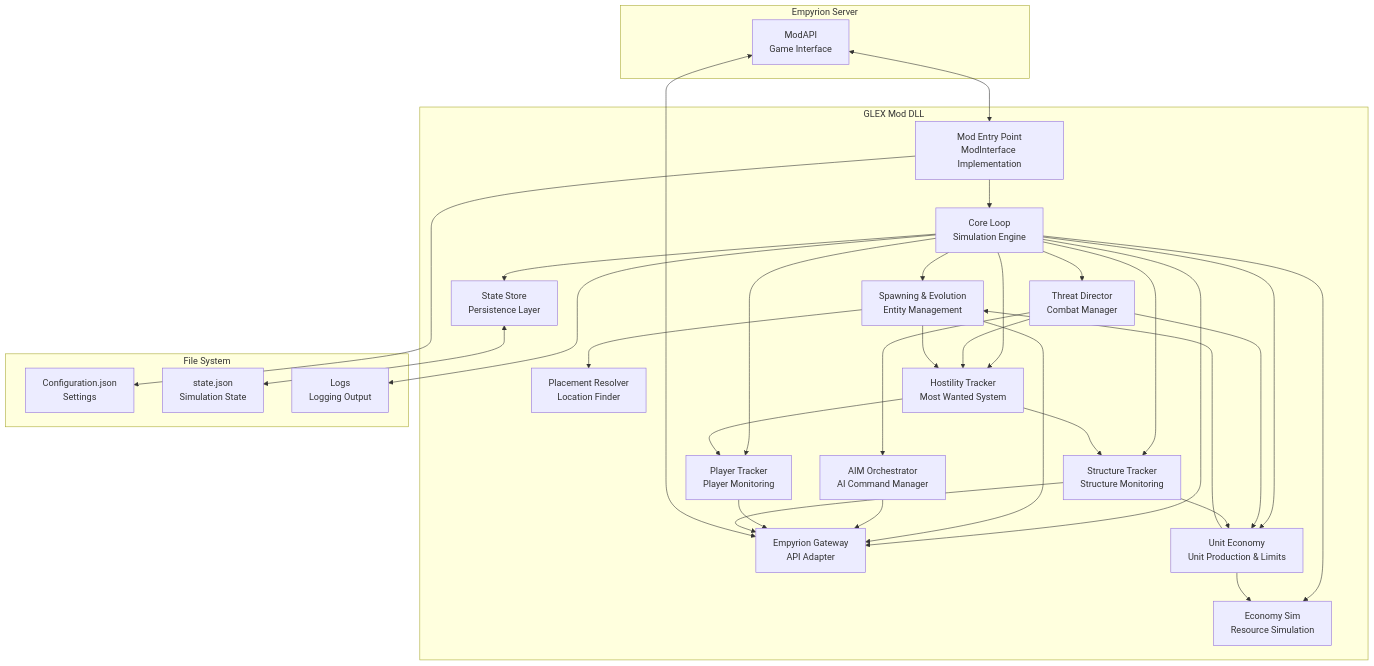
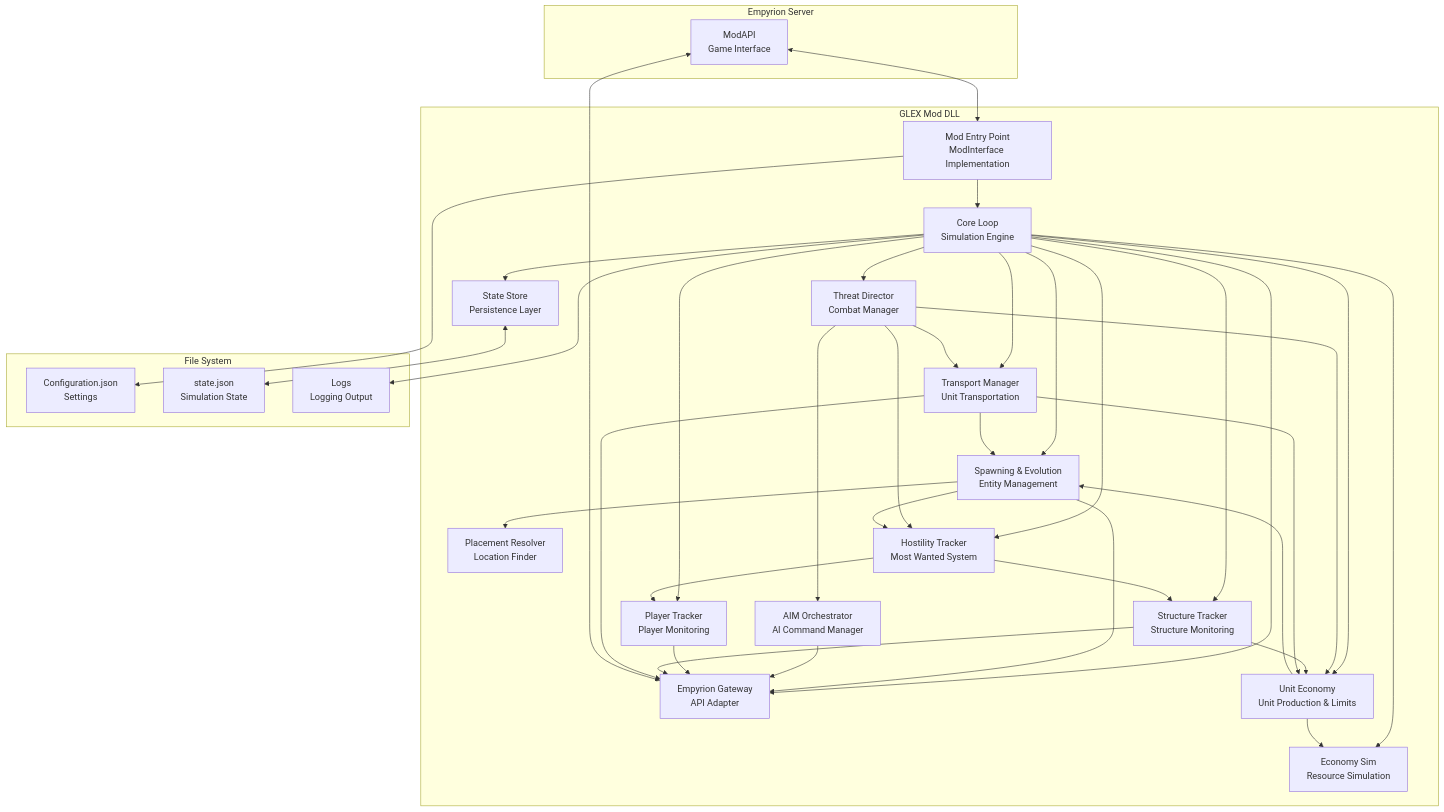
One commit to Gexon/GalacticExpansion changed the second of 11 diagrams in docs/architecture/02_Архитектурный_план.md. Above: the diagram before and after it, drawn with Mermaid. The commit also changed other lines of this file and 7 other files, not shown here.

Commit message:
Sonnet45 Создана система Transport Manager

````diff
--- a/docs/architecture/02_Архитектурный_план.md
+++ b/docs/architecture/02_Архитектурный_план.md
@@ -87,70 +87,77 @@
 ```mermaid
 graph TB
     subgraph EmpyrionServer [Empyrion Server]
         ModAPI[ModAPI<br/>Game Interface]
     end
     
     subgraph GLEXMod [GLEX Mod DLL]
         ModEntry[Mod Entry Point<br/>ModInterface Implementation]
         
         CoreLoop[Core Loop<br/>Simulation Engine]
         Gateway[Empyrion Gateway<br/>API Adapter]
         StateStore[State Store<br/>Persistence Layer]
         
         SpawnEvo[Spawning & Evolution<br/>Entity Management]
         AIMOrch[AIM Orchestrator<br/>AI Command Manager]
         Placement[Placement Resolver<br/>Location Finder]
         
         PlayerTracker[Player Tracker<br/>Player Monitoring]
         StructTracker[Structure Tracker<br/>Structure Monitoring]
         ThreatDir[Threat Director<br/>Combat Manager]
         EcoSim[Economy Sim<br/>Resource Simulation]
         UnitEconomy[Unit Economy<br/>Unit Production & Limits]
         HostilityTracker[Hostility Tracker<br/>Most Wanted System]
+        TransportMgr[Transport Manager<br/>Unit Transportation]
     end
     
     subgraph FileSystem [File System]
         Config[Configuration.json<br/>Settings]
         State[state.json<br/>Simulation State]
         Logs[Logs<br/>Logging Output]
     end
     
     ModAPI <--> ModEntry
     ModEntry --> CoreLoop
     
     CoreLoop --> Gateway
     CoreLoop --> StateStore
     CoreLoop --> SpawnEvo
     CoreLoop --> ThreatDir
     CoreLoop --> EcoSim
     CoreLoop --> UnitEconomy
     
     Gateway <--> ModAPI
     
     SpawnEvo --> Gateway
     SpawnEvo --> Placement
     
     AIMOrch --> Gateway
     ThreatDir --> AIMOrch
     ThreatDir --> UnitEconomy
     
     UnitEconomy --> EcoSim
     UnitEconomy --> SpawnEvo
     
     PlayerTracker --> Gateway
     StructTracker --> Gateway
     StructTracker --> UnitEconomy
     
     CoreLoop --> PlayerTracker
     CoreLoop --> StructTracker
     CoreLoop --> HostilityTracker
+    CoreLoop --> TransportMgr
     
     HostilityTracker --> PlayerTracker
     HostilityTracker --> StructTracker
     ThreatDir --> HostilityTracker
+    ThreatDir --> TransportMgr
     SpawnEvo --> HostilityTracker
+    
+    TransportMgr --> Gateway
+    TransportMgr --> SpawnEvo
+    TransportMgr --> UnitEconomy
     
     StateStore <--> State
     ModEntry --> Config
     CoreLoop --> Logs
 ```
````
